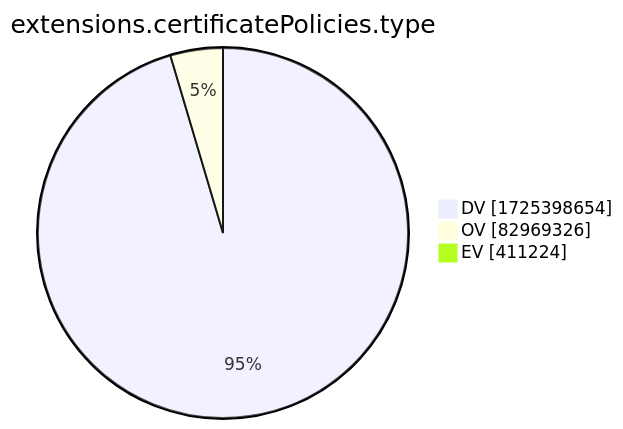
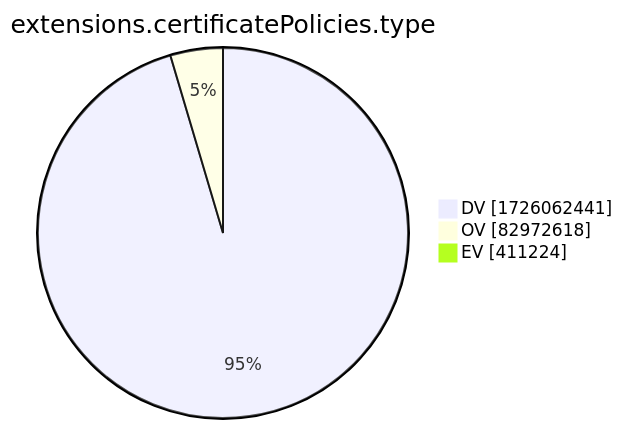
Before and after one commit to christiankrug/ctmonitor_visualization: the tenth of 15 diagrams in xenon2022/README.md, drawn with Mermaid. The commit also changed other lines of this file, not shown here.

````diff
--- a/xenon2022/README.md
+++ b/xenon2022/README.md
@@ -2881,7 +2881,7 @@
 ```mermaid
 pie showData
 title extensions.certificatePolicies.type
-"DV" :1725398654
-"OV" :82969326
+"DV" :1726062441
+"OV" :82972618
 "EV" :411224
 ```
````
